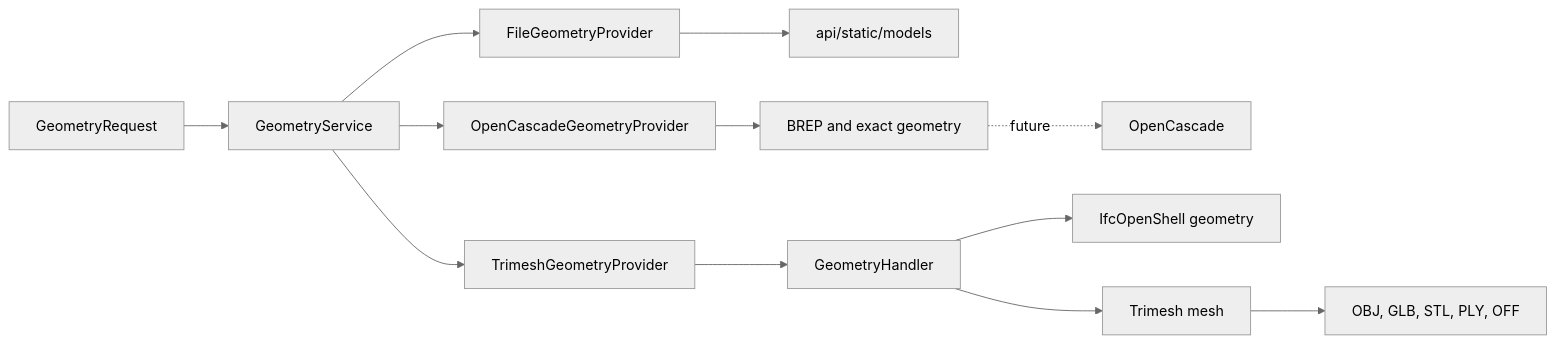
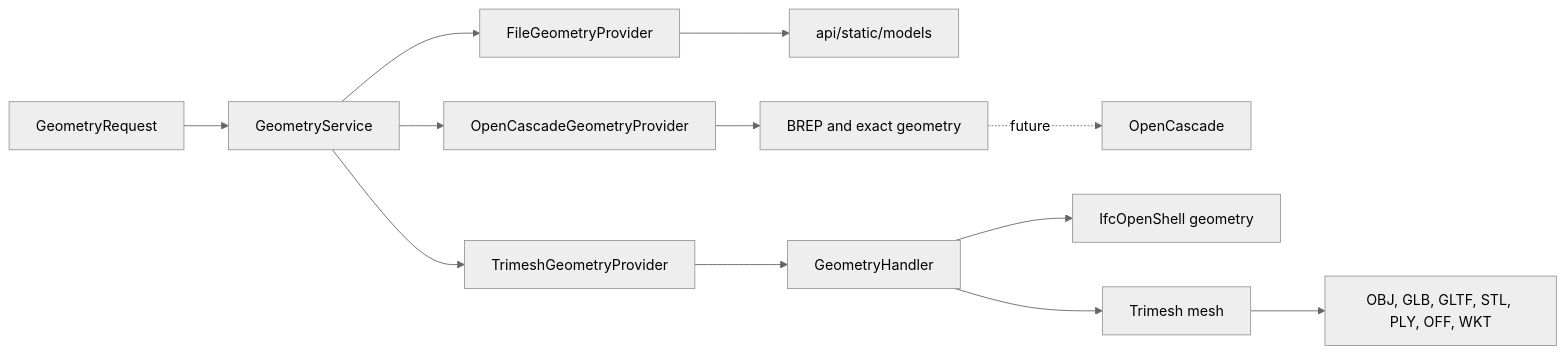
Before and after one commit to NepomukWolf/graphql-building-api: the third of 4 diagrams in docs/architecture.md, drawn with Mermaid (neutral theme). The commit also changed other lines of this file and 16 other files, not shown here.

````diff
--- a/docs/architecture.md
+++ b/docs/architecture.md
@@ -74,18 +74,18 @@
 ```mermaid
 flowchart LR
     Request[GeometryRequest] --> Service[GeometryService]
 
     Service --> FileProvider[FileGeometryProvider]
     Service --> OCCProvider[OpenCascadeGeometryProvider]
     Service --> TrimeshProvider[TrimeshGeometryProvider]
 
     FileProvider --> StaticFiles[api/static/models]
 
     OCCProvider --> BREP[BREP and exact geometry]
     BREP -. future .-> OpenCascade[OpenCascade]
 
     TrimeshProvider --> Handler[GeometryHandler]
     Handler --> IfcOpenShell[IfcOpenShell geometry]
     Handler --> Trimesh[Trimesh mesh]
-    Trimesh --> MeshFormats[OBJ, GLB, STL, PLY, OFF]
+    Trimesh --> MeshFormats[OBJ, GLB, GLTF, STL, PLY, OFF, WKT]
 ```
````
